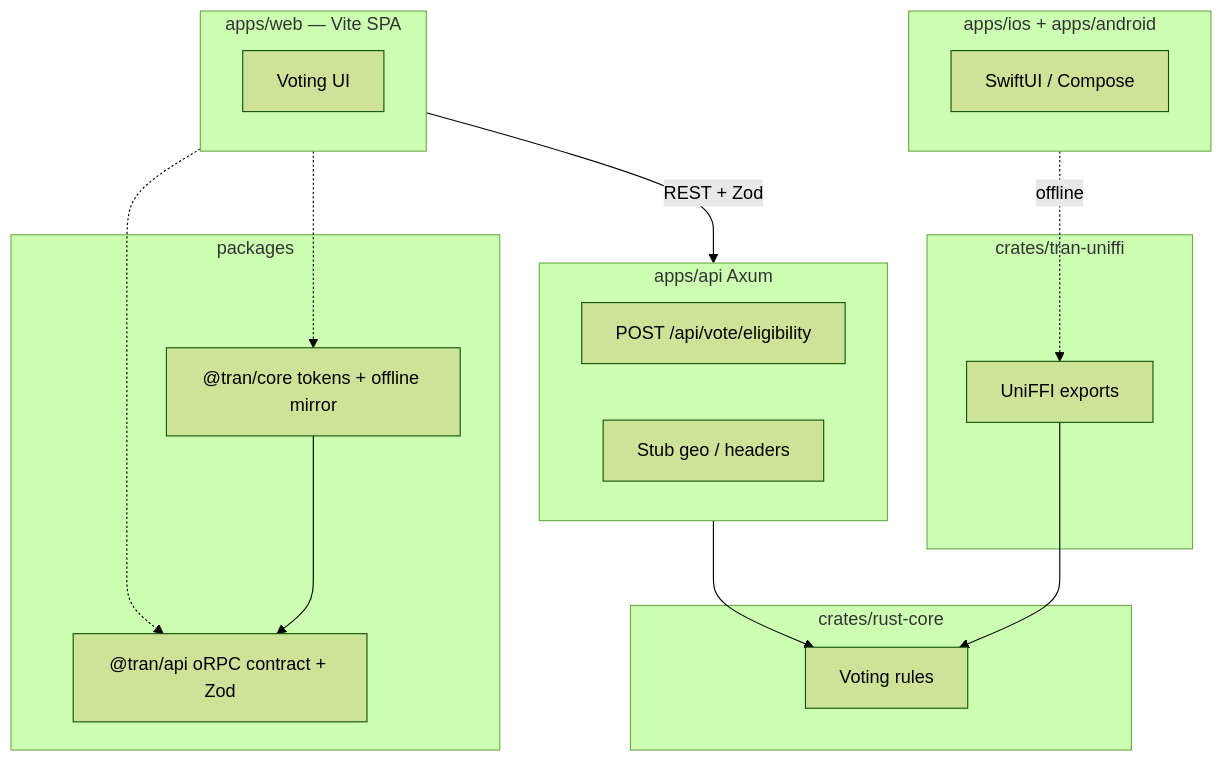
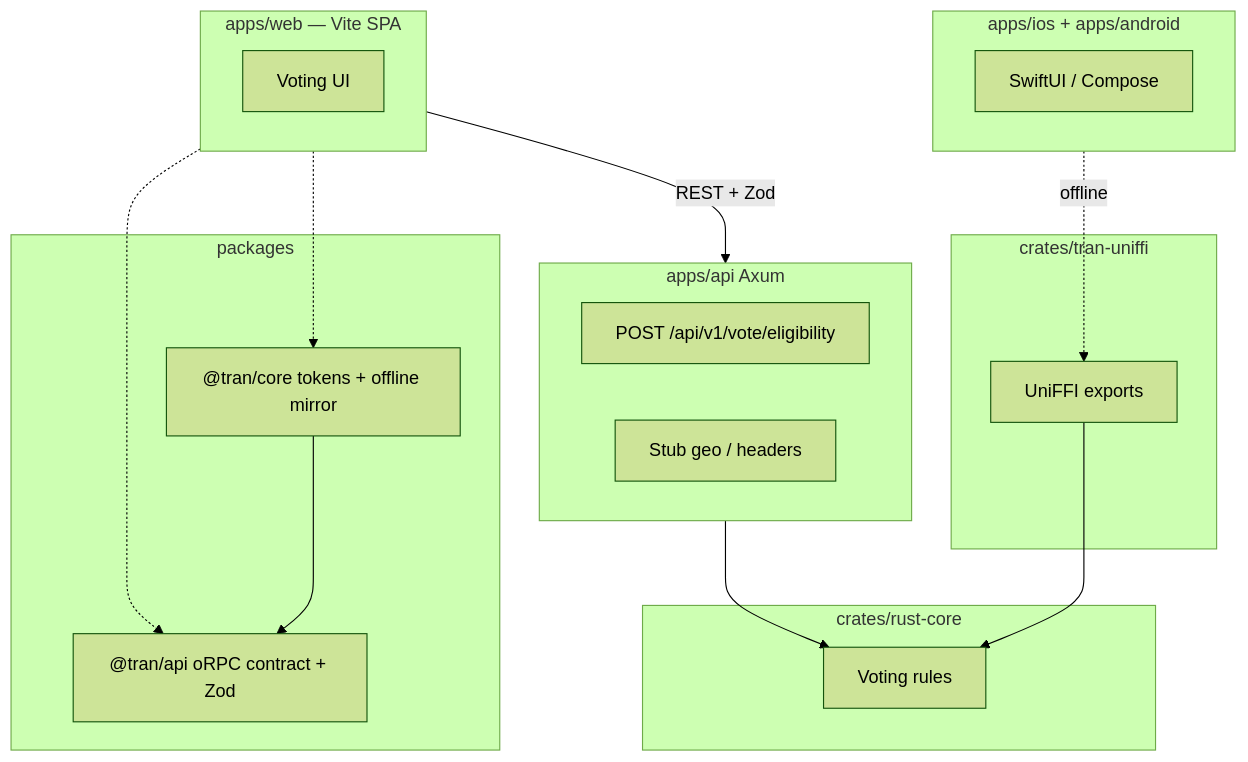
The diagram in README.md (bishalg/create-TRAN), drawn with Mermaid (forest theme) before and after one commit. The commit also changed other lines of this file and 174 other files, not shown here.

````diff
--- a/README.md
+++ b/README.md
@@ -110,31 +110,31 @@
 ```mermaid
 graph TD
     subgraph Web ["apps/web — Vite SPA"]
         WUI[Voting UI]
     end
     subgraph Mobile ["apps/ios + apps/android"]
         NUI[SwiftUI / Compose]
     end
     subgraph FFI ["crates/tran-uniffi"]
         UniFFI[UniFFI exports]
     end
     subgraph Backend ["apps/api Axum"]
-        VoteRoute["POST /api/vote/eligibility"]
+        VoteRoute["POST /api/v1/vote/eligibility"]
         Geo[Stub geo / headers]
     end
     subgraph Core ["crates/rust-core"]
         Rules[Voting rules]
     end
     subgraph Shared ["packages"]
         CoreTS["@tran/core tokens + offline mirror"]
         APIPkg["@tran/api oRPC contract + Zod"]
     end
 
     Web -->|REST + Zod| Backend
     Web -.-> CoreTS
     Mobile -.->|offline| UniFFI
     UniFFI --> Rules
     Backend --> Rules
     Web -.-> APIPkg
     CoreTS --> APIPkg
 ```
````
